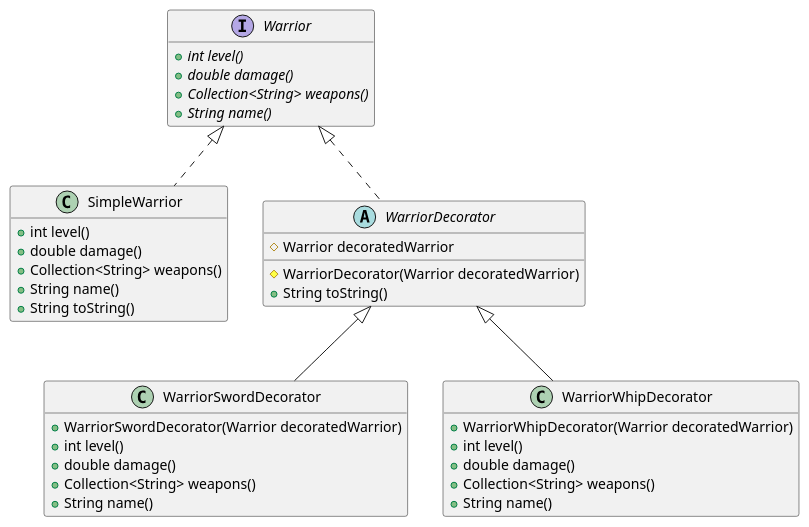
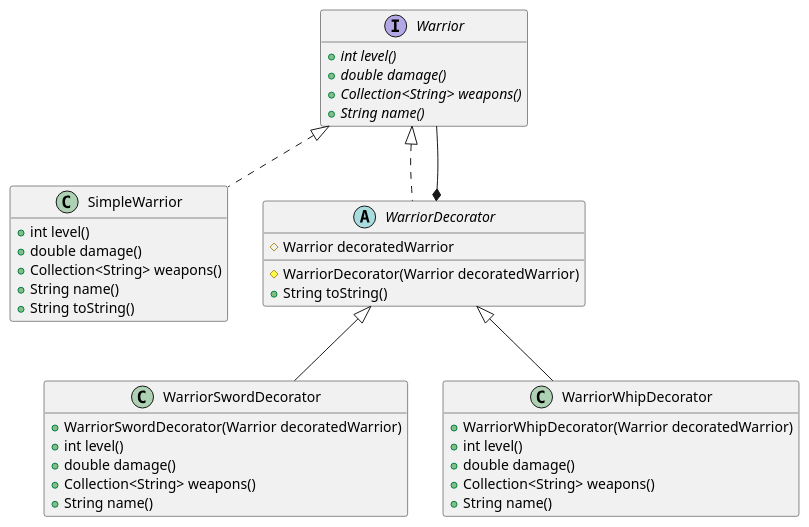
One commit to lealceldeiro/gems changed the diagram in DesignPatternsElementsOfReusableObjectOrientesSoftware/Chapter04/Decorator/Decorator.puml. Above: the diagram before and after it, drawn with PlantUML.

```diff
--- a/DesignPatternsElementsOfReusableObjectOrientesSoftware/Chapter04/Decorator/Decorator.puml
+++ b/DesignPatternsElementsOfReusableObjectOrientesSoftware/Chapter04/Decorator/Decorator.puml
@@ -1,41 +1,43 @@
 @startuml
 interface Warrior {
     + {abstract} int level()
     + {abstract} double damage()
     + {abstract} Collection<String> weapons()
     + {abstract} String name()
 }
 
 class SimpleWarrior implements Warrior {
     + int level()
     + double damage()
     + Collection<String> weapons()
     + String name()
     + String toString()
 }
 
 abstract class WarriorDecorator implements Warrior {
     # Warrior decoratedWarrior
 
     # WarriorDecorator(Warrior decoratedWarrior)
     + String toString()
 }
 
+WarriorDecorator *-- Warrior
+
 class WarriorSwordDecorator extends WarriorDecorator {
     + WarriorSwordDecorator(Warrior decoratedWarrior)
     + int level()
     + double damage()
     + Collection<String> weapons()
     + String name()
 }
 
 class WarriorWhipDecorator extends WarriorDecorator {
     + WarriorWhipDecorator(Warrior decoratedWarrior)
     + int level()
     + double damage()
     + Collection<String> weapons()
     + String name()
 }
 
 hide empty members
 @enduml
```
